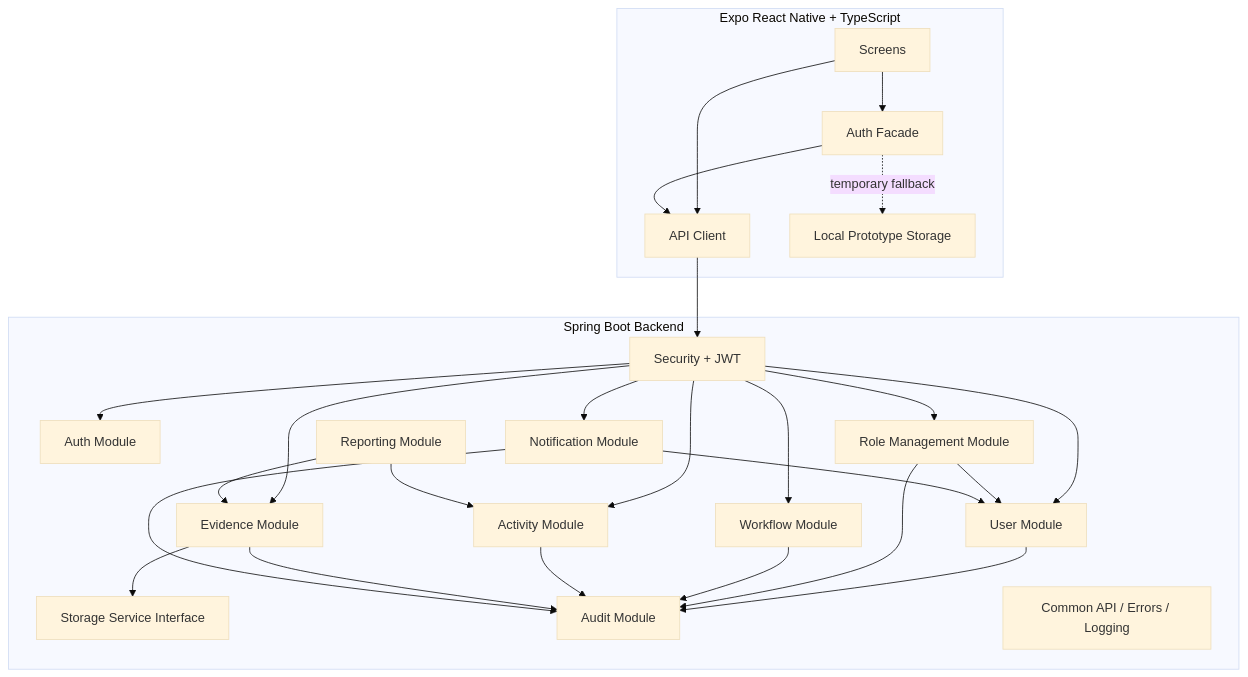
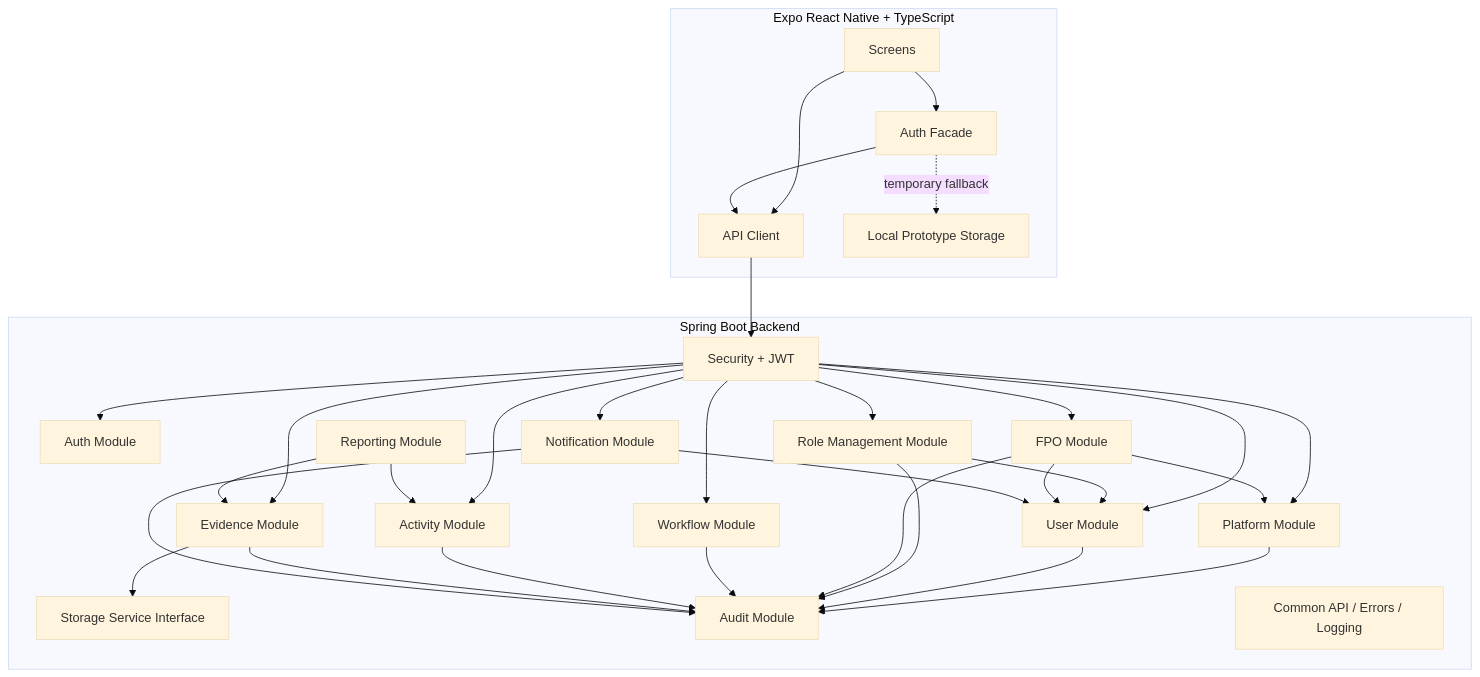
One commit to korearun5/activity-compliance changed the second of 11 diagrams in docs/architecture.md. Above: the diagram before and after it, drawn with Mermaid (base theme). The commit also changed other lines of this file and 165 other files, not shown here.

````diff
--- a/docs/architecture.md
+++ b/docs/architecture.md
@@ -51,48 +55,56 @@
 ```mermaid
 flowchart TB
     subgraph Frontend["Expo React Native + TypeScript"]
         Screens["Screens"]
         AuthFacade["Auth Facade"]
         ApiClient["API Client"]
         LocalFallback["Local Prototype Storage"]
     end
 
     subgraph Backend["Spring Boot Backend"]
         Security["Security + JWT"]
         Auth["Auth Module"]
+        Platform["Platform Module"]
         User["User Module"]
         RoleMgmt["Role Management Module"]
+        FPO["FPO Module"]
         Workflow["Workflow Module"]
         Activity["Activity Module"]
         Evidence["Evidence Module"]
         StorageSvc["Storage Service Interface"]
         Audit["Audit Module"]
         Reporting["Reporting Module"]
         Notification["Notification Module"]
         Common["Common API / Errors / Logging"]
     end
 
     Screens --> AuthFacade
     Screens --> ApiClient
     AuthFacade --> ApiClient
     AuthFacade -. temporary fallback .-> LocalFallback
     ApiClient --> Security
     Security --> Auth
+    Security --> Platform
     Security --> User
     Security --> RoleMgmt
+    Security --> FPO
     Security --> Workflow
     Security --> Activity
     Security --> Evidence
     Security --> Notification
+    Platform --> Audit
     User --> Audit
     RoleMgmt --> User
     RoleMgmt --> Audit
+    FPO --> Platform
+    FPO --> User
+    FPO --> Audit
     Workflow --> Audit
     Activity --> Audit
     Evidence --> Audit
     Evidence --> StorageSvc
     Reporting --> Activity
     Reporting --> Evidence
     Notification --> Audit
     Notification --> User
 ```
````
